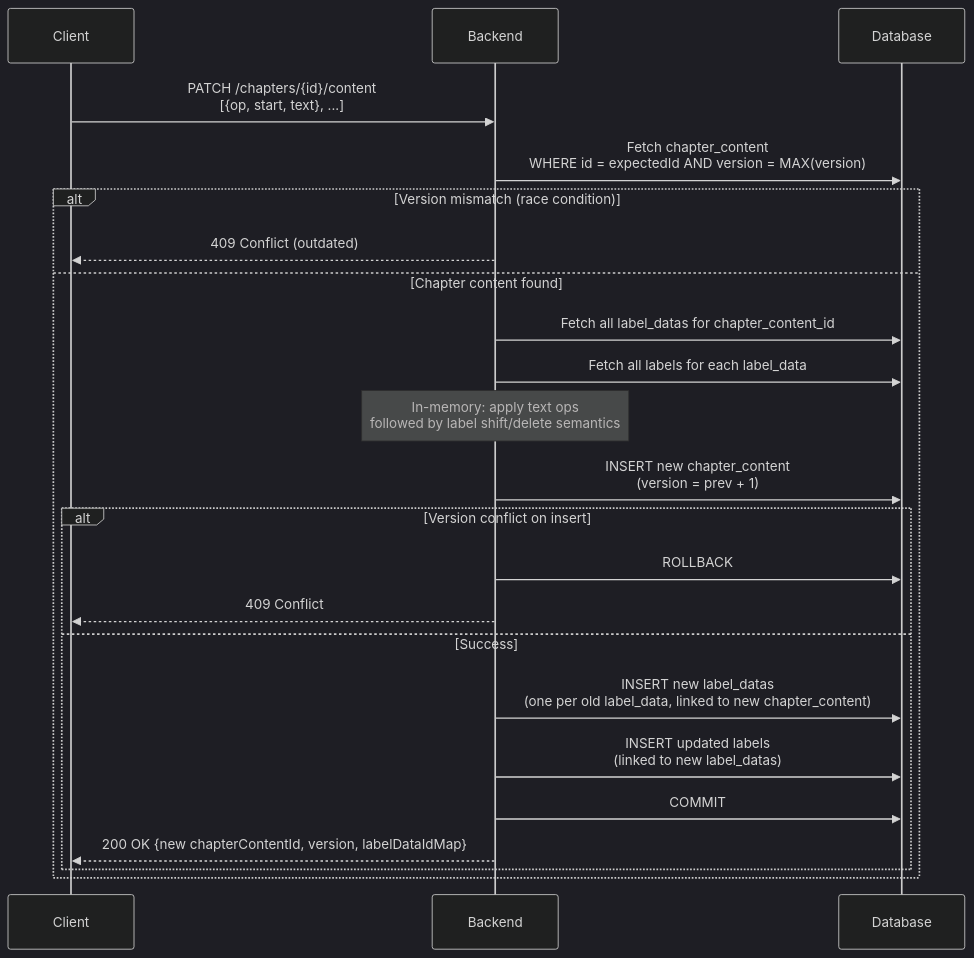
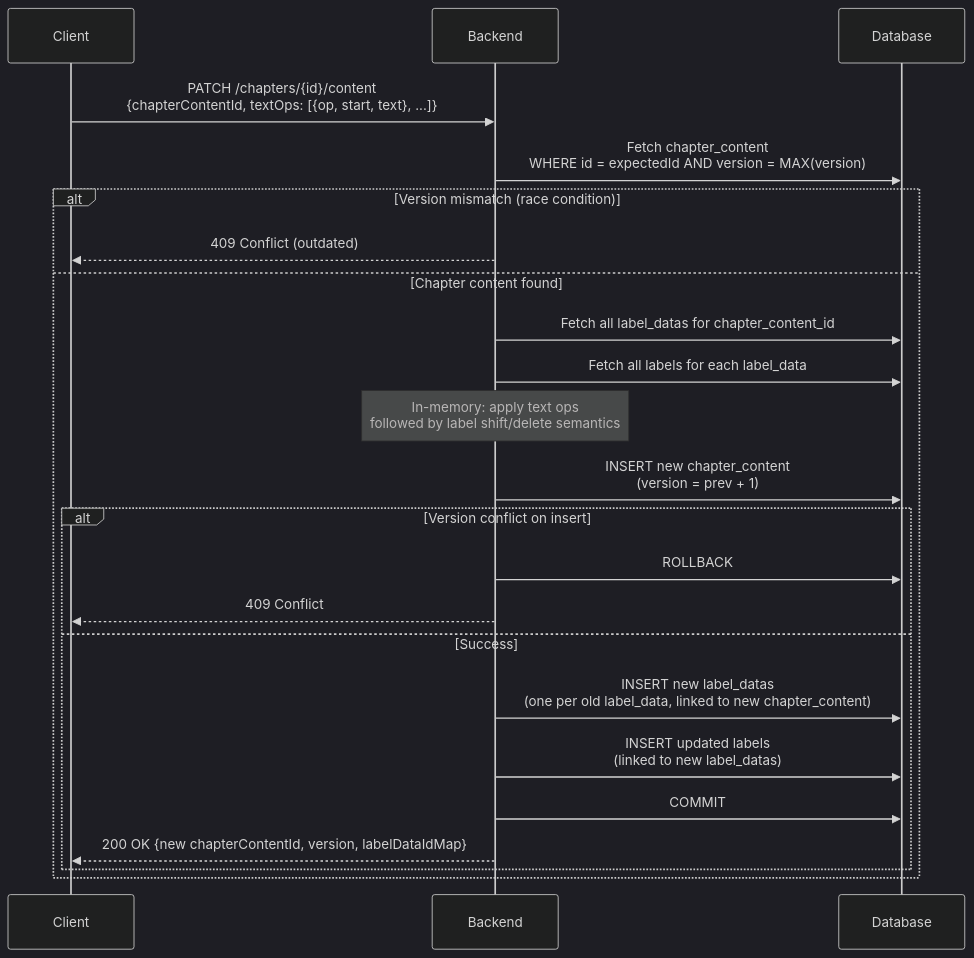
One commit to lzguan/noveltl changed the first of 2 diagrams in docs/editor/backend.md. Above: the diagram before and after it, drawn with Mermaid. The commit also changed other lines of this file and 1 other file, not shown here.

````diff
--- a/docs/editor/backend.md
+++ b/docs/editor/backend.md
@@ -109,27 +109,27 @@
 ```mermaid
 %%{init: {'theme': 'dark', 'themeVariables': { 'primaryColor': '#1e293b', 'primaryTextColor': '#e2e8f0', 'primaryBorderColor': '#334155', 'lineColor': '#94a3b8', 'secondaryColor': '#0f172a', 'tertiaryColor': '#1e293b'}}}%%
 sequenceDiagram
     participant C as Client
     participant B as Backend
     participant D as Database
 
-    C->>B: PATCH /chapters/{id}/content<br/>[{op, start, text}, ...]
+    C->>B: PATCH /chapters/{id}/content<br/>{chapterContentId, textOps: [{op, start, text}, ...]}
     B->>D: Fetch chapter_content<br/>WHERE id = expectedId AND version = MAX(version)
     alt Version mismatch (race condition)
         B-->>C: 409 Conflict (outdated)
     else Chapter content found
         B->>D: Fetch all label_datas for chapter_content_id
         B->>D: Fetch all labels for each label_data
         Note over B: In-memory: apply text ops<br/>followed by label shift/delete semantics
         B->>D: INSERT new chapter_content<br/>(version = prev + 1)
         alt Version conflict on insert
             B->>D: ROLLBACK
             B-->>C: 409 Conflict
         else Success
             B->>D: INSERT new label_datas<br/>(one per old label_data, linked to new chapter_content)
             B->>D: INSERT updated labels<br/>(linked to new label_datas)
             B->>D: COMMIT
             B-->>C: 200 OK {new chapterContentId, version, labelDataIdMap}
         end
     end
 ```
````
